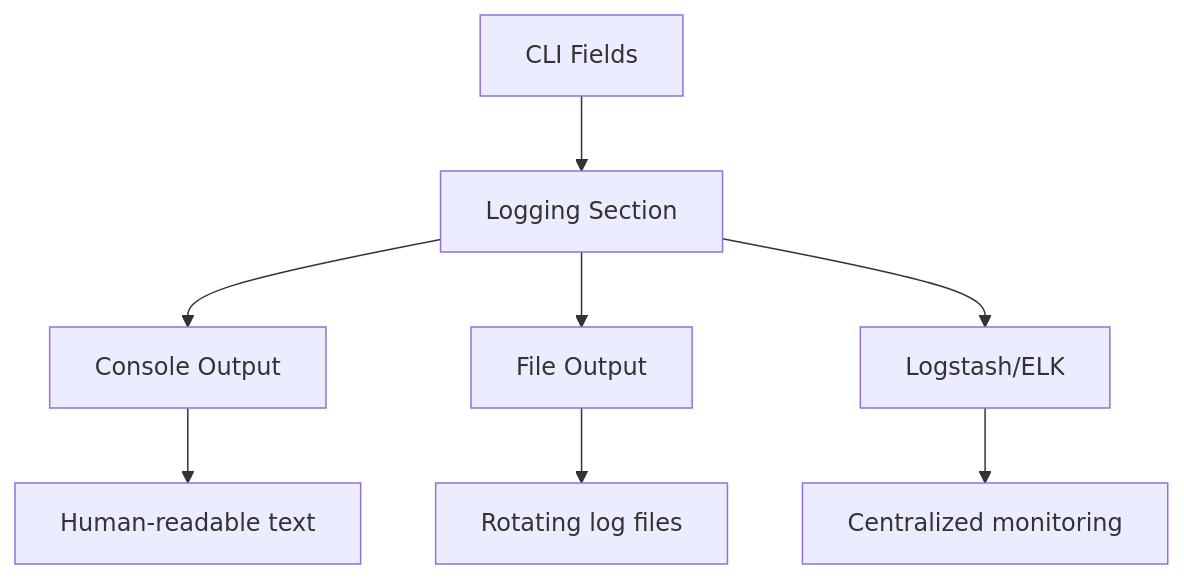
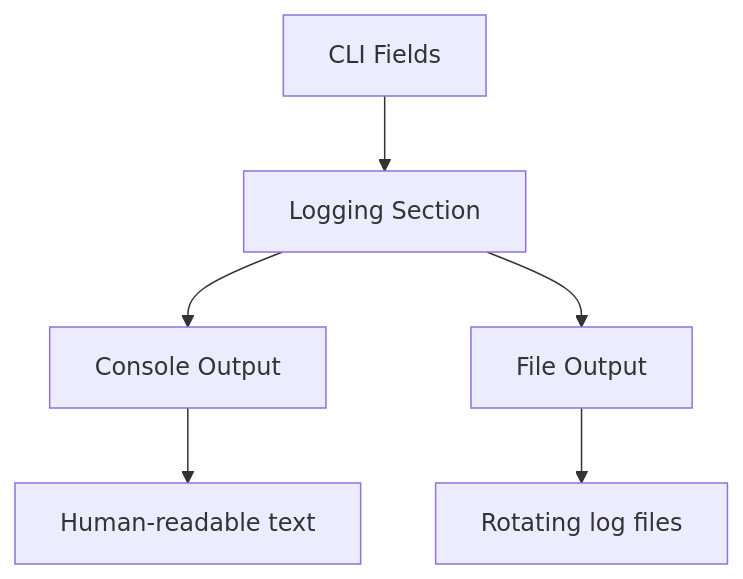
One commit to go-go-golems/glazed changed the diagram in pkg/doc/topics/logging-section.md. Above: the diagram before and after it, drawn with Mermaid. The commit also changed other lines of this file and 3 other files, not shown here.

````diff
--- a/pkg/doc/topics/logging-section.md
+++ b/pkg/doc/topics/logging-section.md
@@ -31,11 +31,9 @@
 ```mermaid
 graph TD
     A[CLI Fields] --> B[Logging Section]
     B --> C[Console Output]
     B --> D[File Output]
-    B --> E[Logstash/ELK]
     
     C --> F[Human-readable text]
     D --> G[Rotating log files]
-    E --> H[Centralized monitoring]
 ```
````
